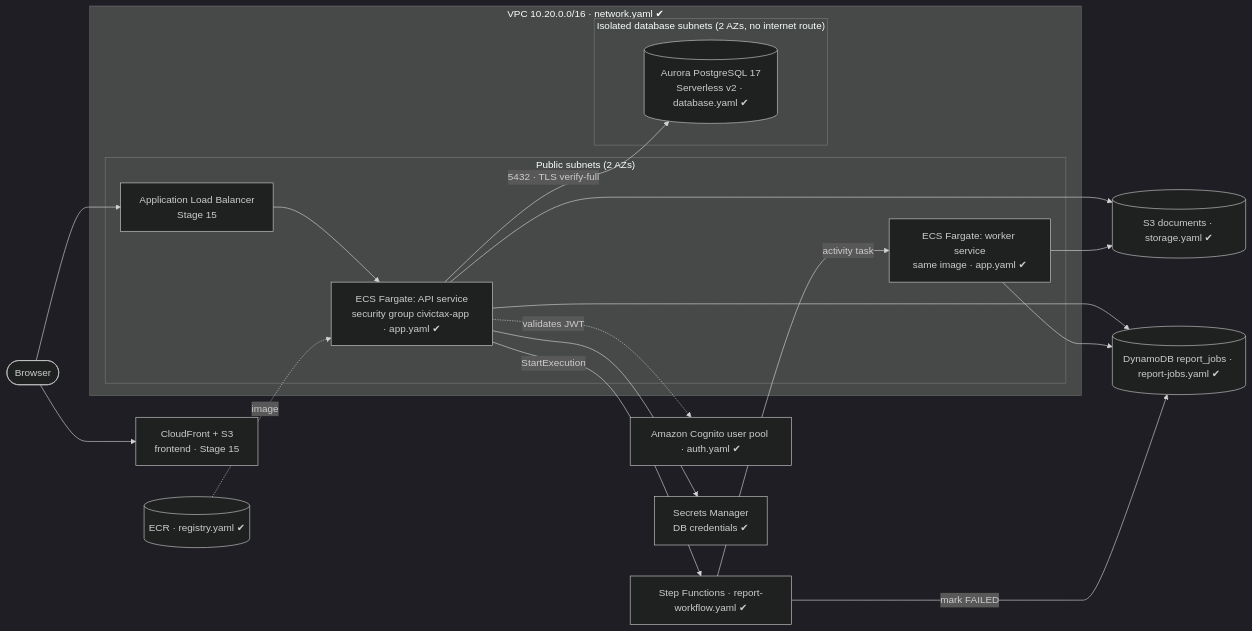
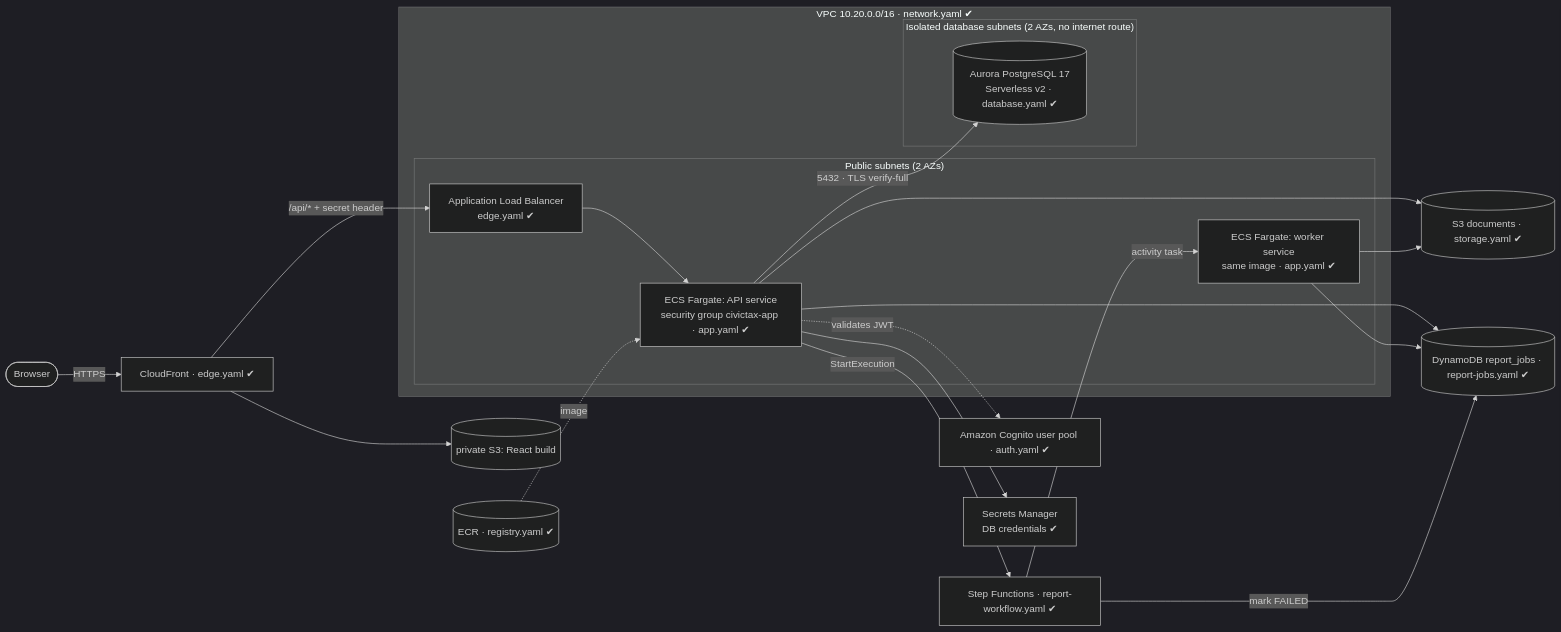
Before and after one commit to BhargavRaseshPatel/Tax-Management-System: the diagram in docs/aws-architecture.md, drawn with Mermaid (dark theme). The commit also changed other lines of this file and 18 other files, not shown here.

Commit message:
load balancer, CloudFront, HTTPS, Cognito sign-in

````diff
--- a/docs/aws-architecture.md
+++ b/docs/aws-architecture.md
@@ -6,25 +6,26 @@
 ```mermaid
 flowchart LR
-  user([Browser]) --> cf[CloudFront + S3<br/>frontend · Stage 15]
-  user --> alb[Application Load Balancer<br/>Stage 15]
+  user([Browser]) -- HTTPS --> cf[CloudFront · edge.yaml ✔]
+  cf --> web[(private S3: React build)]
+  cf -- "/api/* + secret header" --> alb[Application Load Balancer<br/>edge.yaml ✔]
   subgraph VPC["VPC 10.20.0.0/16 · network.yaml ✔"]
     subgraph public["Public subnets (2 AZs)"]
       alb --> api[ECS Fargate: API service<br/>security group civictax-app · app.yaml ✔]
       worker[ECS Fargate: worker service<br/>same image · app.yaml ✔]
     end
     subgraph isolated["Isolated database subnets (2 AZs, no internet route)"]
       aurora[(Aurora PostgreSQL 17<br/>Serverless v2 · database.yaml ✔)]
     end
     api -- "5432 · TLS verify-full" --> aurora
   end
   api -. validates JWT .-> cognito[Amazon Cognito user pool · auth.yaml ✔]
   ecr[(ECR · registry.yaml ✔)] -. image .-> api
   api --> sm[Secrets Manager<br/>DB credentials ✔]
   api --> s3[(S3 documents · storage.yaml ✔)]
   worker --> s3
   api --> ddb[(DynamoDB report_jobs · report-jobs.yaml ✔)]
   worker --> ddb
   api -- StartExecution --> sfn[Step Functions · report-workflow.yaml ✔]
   sfn -- activity task --> worker
   sfn -- mark FAILED --> ddb
 ```
````
